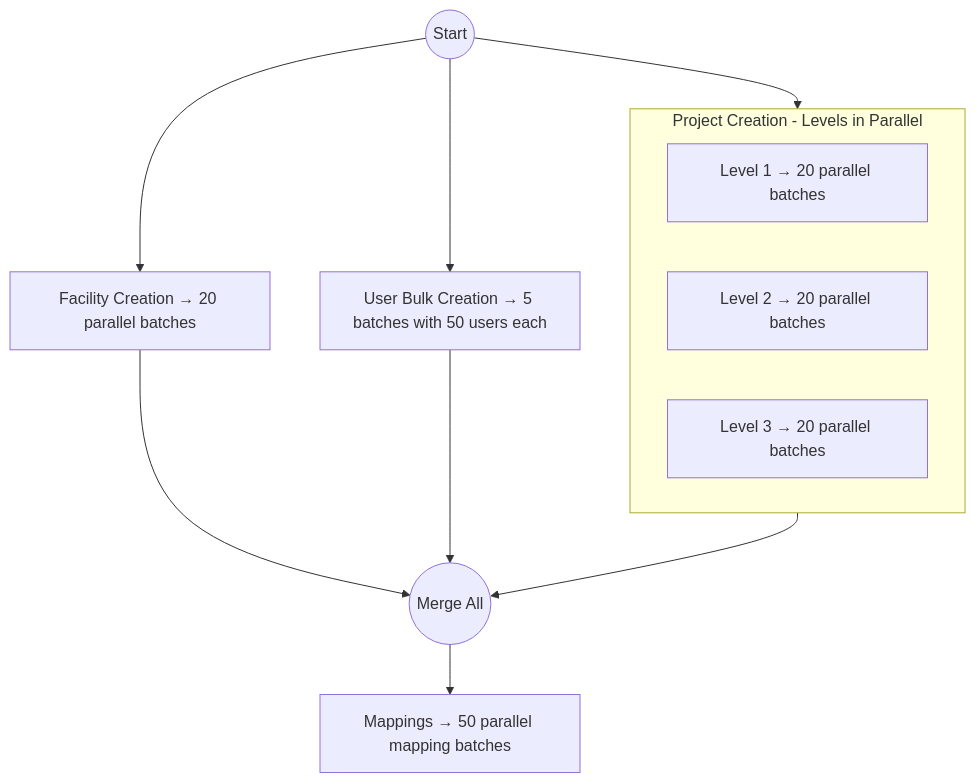
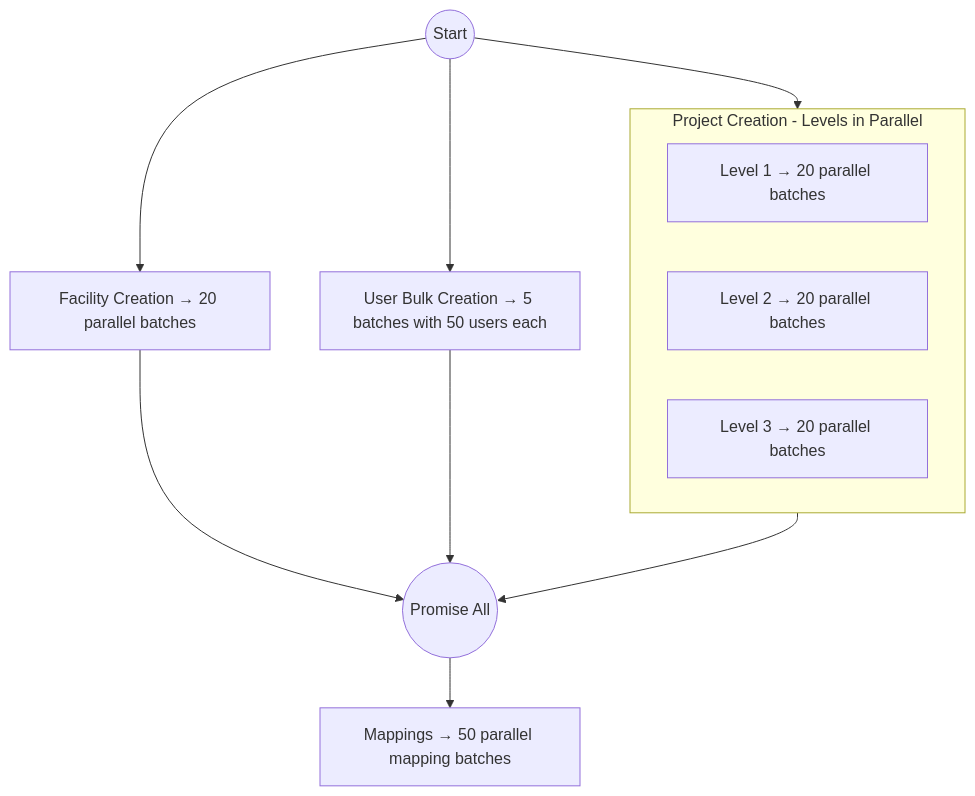
The diagram in tempDesign.md (ashish-egov/campaign-whole-sheet-ingestion), drawn with Mermaid before and after one commit.

````diff
--- a/tempDesign.md
+++ b/tempDesign.md
@@ -1,31 +1,31 @@
 ```mermaid
 flowchart TD
 
     Start((Start))
 
     %% Project creation
     subgraph ProjectCreation [Project Creation - Levels in Parallel]
         direction LR
         L1["Level 1 → 20 parallel batches"]
         L2["Level 2 → 20 parallel batches"]
         L3["Level 3 → 20 parallel batches"]
     end
 
     %% Facility creation
     FacilityCreation["Facility Creation → 20 parallel batches"]
 
     %% User creation simplified
     UserCreation["User Bulk Creation → 5 batches with 50 users each"]
 
     %% Merge point
-    Merge((Merge All))
+    Merge((Promise All))
 
     %% Mappings
     M1["Mappings → 50 parallel mapping batches"]
 
     %% Connections
     Start --> ProjectCreation --> Merge
     Start --> FacilityCreation --> Merge
     Start --> UserCreation --> Merge
     Merge --> M1
 ```
````
